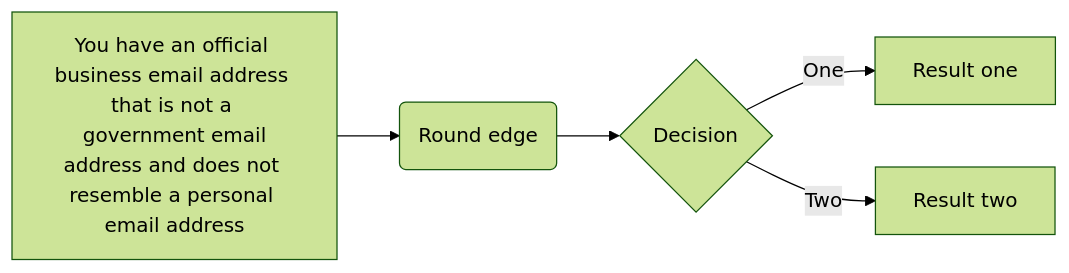
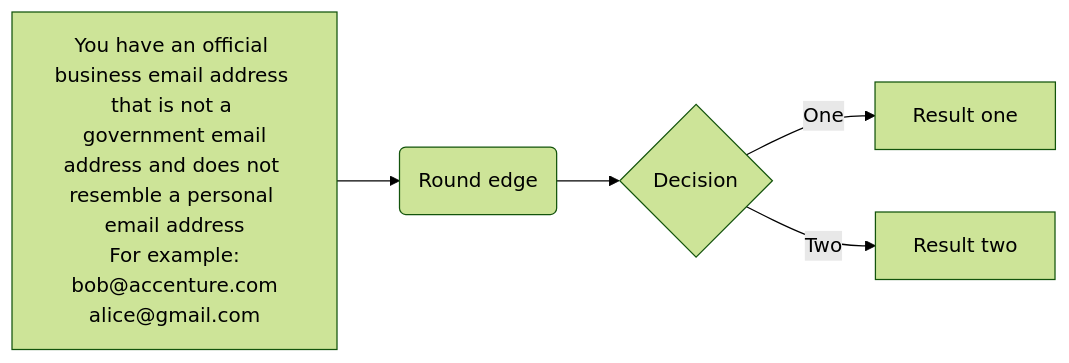
Before and after one commit to GovTechSG/techpass-user-docs: the diagram in docs/onboard-to-techpass.md, drawn with Mermaid (forest theme).

````diff
--- a/docs/onboard-to-techpass.md
+++ b/docs/onboard-to-techpass.md
@@ -7,7 +7,7 @@
 ```mermaid
 graph LR
-A[You have an official business email address that is not a government email<br>address and does not resemble a personal email address] -->B(Round edge)
+A[You have an official business email address that is not a government email<br>address and does not resemble a personal email address<br>For example:<br>bob@accenture.com<br>alice@gmail.com] -->B(Round edge)
     B --> C{Decision}
     C -->|One| D[Result one]
     C -->|Two| E[Result two]
 ```
````
